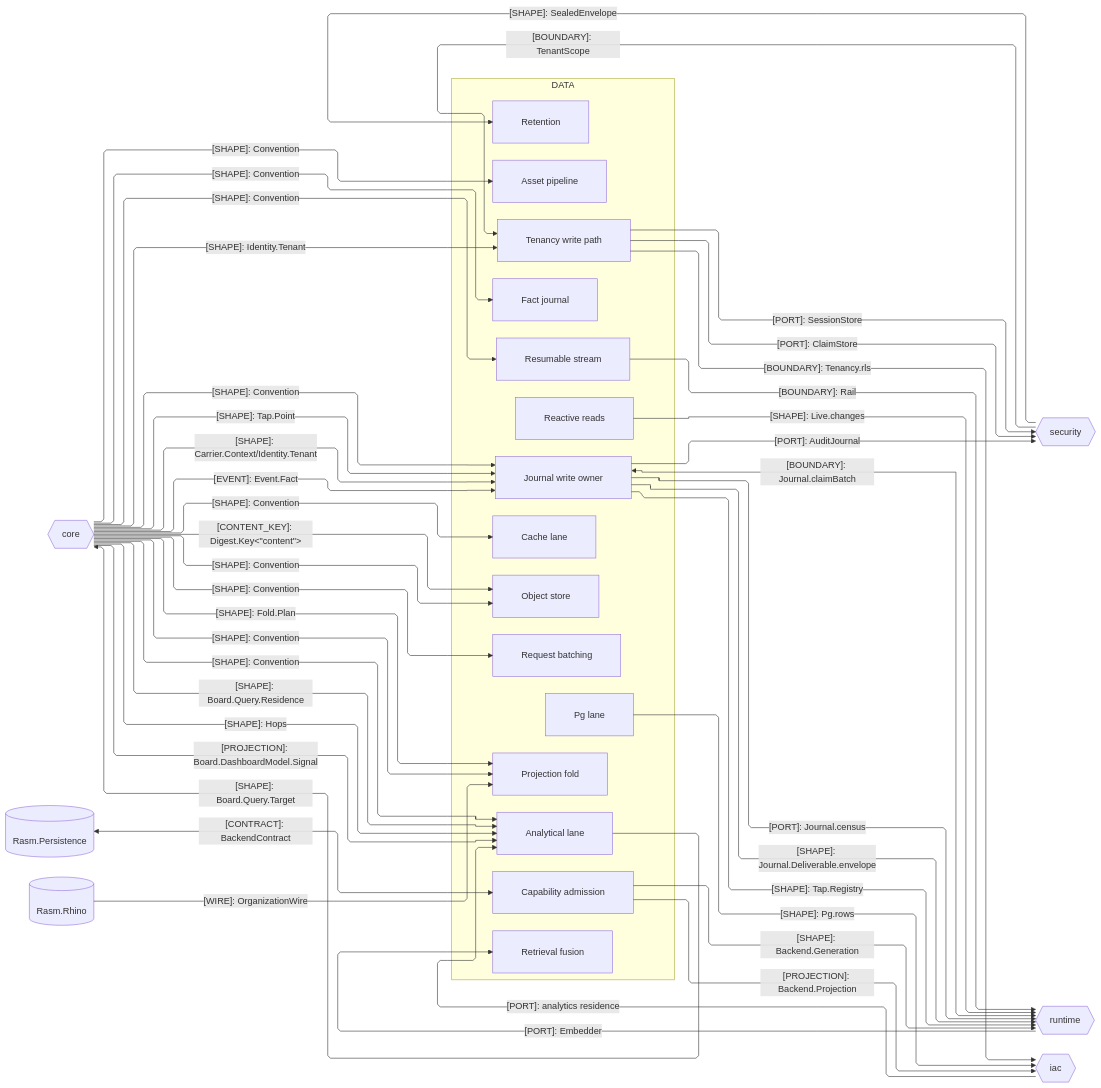
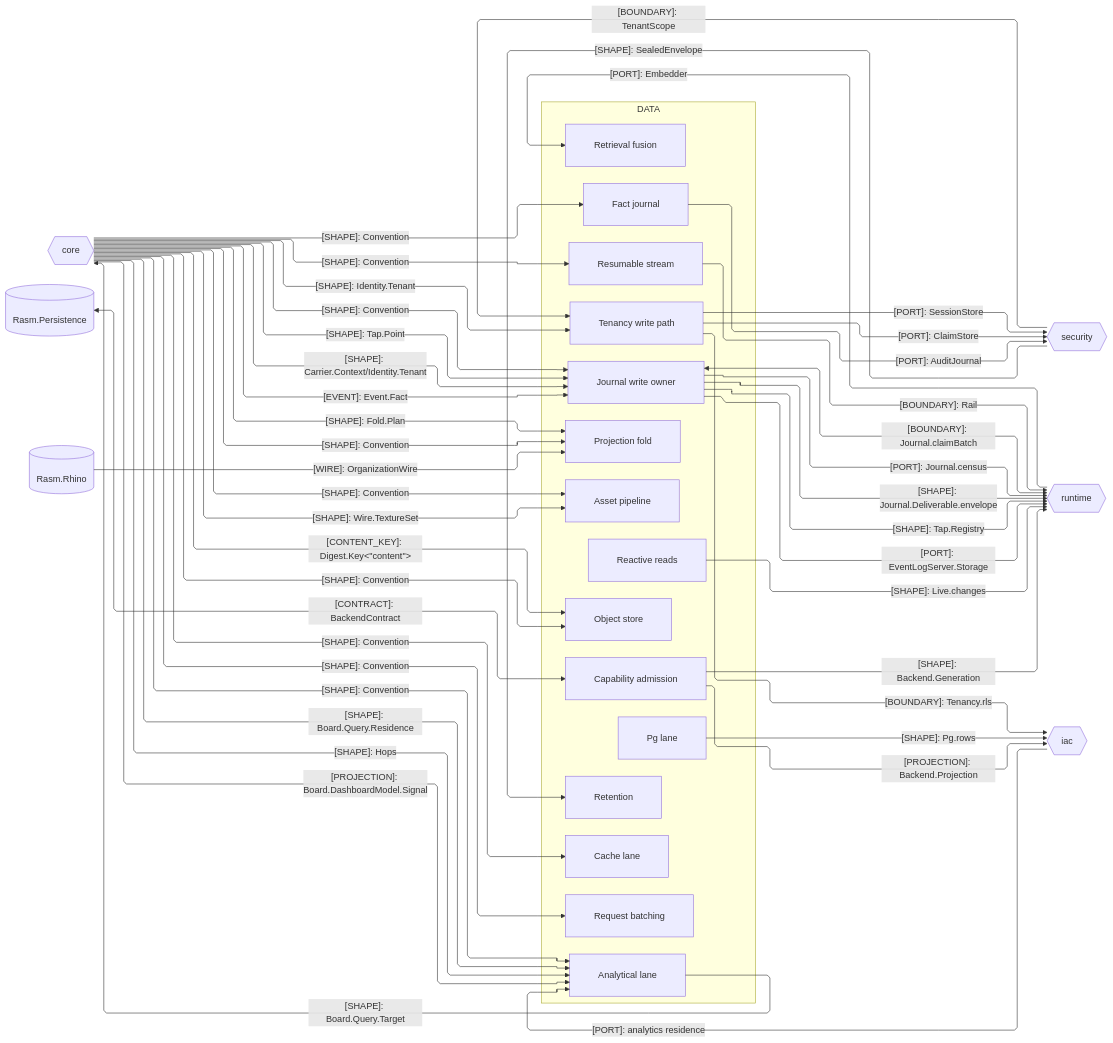
The second of 3 diagrams in libs/typescript/data/ARCHITECTURE.md (bsamiee/Rasm), drawn with Mermaid before and after one commit. The commit also changed other lines of this file and 277 other files, not shown here.

````diff
--- a/libs/typescript/data/ARCHITECTURE.md
+++ b/libs/typescript/data/ARCHITECTURE.md
@@ -103,73 +105,75 @@
 ```mermaid
 ---
 config:
   layout: elk
   flowchart:
     curve: linear
     padding: 25
 ---
 flowchart LR
     accTitle: Data package seam registry
     accDescr: Data exchanges custody, tenancy, hook, backend, and Board.Query contracts with branch peers and Rasm.Persistence.
     subgraph data[DATA]
         Fold[Projection fold]
         Store[Object store]
         Tenant[Tenancy write path]
         Retain[Retention]
         Append[Journal write owner]
         Live[Reactive reads]
         Stream[Resumable stream]
         Search[Retrieval fusion]
         Postgres[Pg lane]
         Capability[Capability admission]
         Fact[Fact journal]
         Batch[Request batching]
         Cache[Cache lane]
         Olap[Analytical lane]
         Asset[Asset pipeline]
     end
     Core{{core}}
     Security{{security}}
     Runtime{{runtime}}
     Iac{{iac}}
     Persistence[(Rasm.Persistence)]
     Rhino[(Rasm.Rhino)]
     Core e1@-->|"[SHAPE]: Fold.Plan"| Fold
     Core e2@-->|"[CONTENT_KEY]: Digest.Key&lt;&quot;content&quot;&gt;"| Store
     Core e3@-->|"[SHAPE]: Identity.Tenant"| Tenant
     Tenant e4@-->|"[PORT]: SessionStore"| Security
     Security e5@-->|"[BOUNDARY]: TenantScope"| Tenant
     Security e6@-->|"[SHAPE]: SealedEnvelope"| Retain
     Append e7@<-->|"[BOUNDARY]: Journal.claimBatch"| Runtime
     Live e8@-->|"[SHAPE]: Live.changes"| Runtime
     Stream e9@-->|"[BOUNDARY]: Rail"| Runtime
     Runtime e10@-->|"[PORT]: Embedder"| Search
     Postgres e11@-->|"[SHAPE]: Pg.rows"| Iac
     Tenant e12@-->|"[BOUNDARY]: Tenancy.rls"| Iac
     Core e13@-->|"[SHAPE]: Convention"| Append
     Core e14@-->|"[SHAPE]: Convention"| Fold
     Append e15@-->|"[PORT]: Journal.census"| Runtime
     Tenant e16@-->|"[PORT]: ClaimStore"| Security
     Core e17@-->|"[SHAPE]: Convention"| Fact
     Core e18@-->|"[SHAPE]: Convention"| Batch
     Core e19@-->|"[SHAPE]: Convention"| Store
     Core e20@-->|"[SHAPE]: Convention"| Stream
     Core e21@-->|"[SHAPE]: Convention"| Cache
     Core e22@-->|"[SHAPE]: Convention"| Olap
     Append e23@-->|"[SHAPE]: Journal.Deliverable.envelope"| Runtime
     Core e24@-->|"[SHAPE]: Tap.Point"| Append
     Append e25@-->|"[SHAPE]: Tap.Registry"| Runtime
     Capability e26@-->|"[PROJECTION]: Backend.Projection"| Iac
     Capability e27@-->|"[SHAPE]: Backend.Generation"| Runtime
     Persistence e28@<-->|"[CONTRACT]: BackendContract"| Capability
-    Append e29@-->|"[PORT]: AuditJournal"| Security
+    Fact e29@-->|"[PORT]: AuditJournal"| Security
     Core e30@-->|"[SHAPE]: Board.Query.Residence"| Olap
     Core e32@-->|"[SHAPE]: Hops"| Olap
     Olap e31@-->|"[SHAPE]: Board.Query.Target"| Core
     Core e33@-->|"[PROJECTION]: Board.DashboardModel.Signal"| Olap
     Iac e34@-->|"[PORT]: analytics residence"| Olap
     Core e35@-->|"[SHAPE]: Convention"| Asset
+    Core e38@-->|"[SHAPE]: Wire.TextureSet"| Asset
     Rhino e36@-->|"[WIRE]: OrganizationWire"| Fold
-    Core e36@-->|"[SHAPE]: Carrier.Context/Identity.Tenant"| Append
+    Core e39@-->|"[SHAPE]: Carrier.Context/Identity.Tenant"| Append
     Core e37@-->|"[EVENT]: Event.Fact"| Append
+    Append e40@-->|"[PORT]: EventLogServer.Storage"| Runtime
 ```
````
